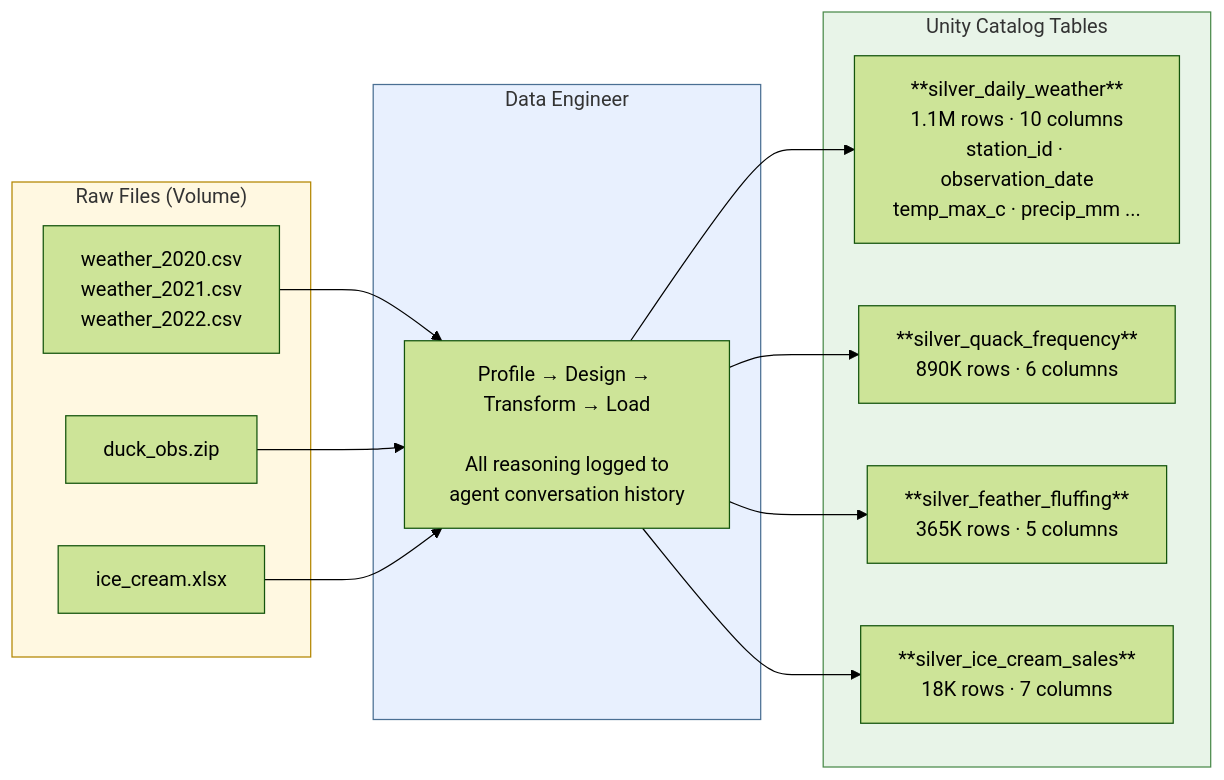
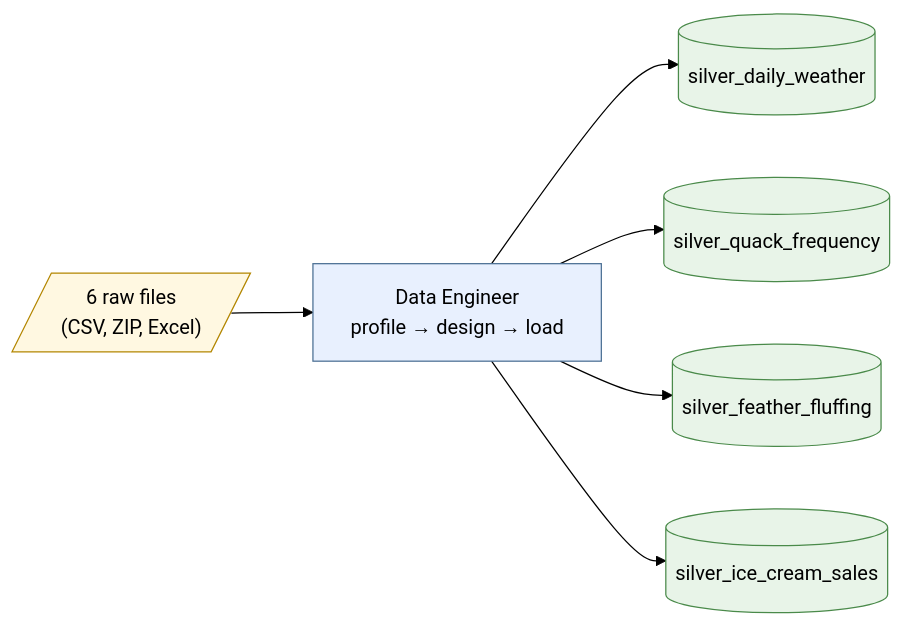
The third of 9 diagrams in docs/run-management.md (jweinberg-a2a/versifai-data-agents), drawn with Mermaid (forest theme) before and after one commit. The commit also changed other lines of this file and 4 other files, not shown here.

Commit message:
diagrams fixed

````diff
--- a/docs/run-management.md
+++ b/docs/run-management.md
@@ -140,31 +141,15 @@
 ```mermaid
 flowchart LR
-    subgraph input["Raw Files (Volume)"]
-        CSV["weather_2020.csv<br>weather_2021.csv<br>weather_2022.csv"]
-        ZIP["duck_obs.zip"]
-        XLS["ice_cream.xlsx"]
-    end
+    RAW[/"6 raw files<br>(CSV, ZIP, Excel)"/] --> ENG["Data Engineer<br>profile → design → load"]
+    ENG --> T1[("silver_daily_weather")]
+    ENG --> T2[("silver_quack_frequency")]
+    ENG --> T3[("silver_feather_fluffing")]
+    ENG --> T4[("silver_ice_cream_sales")]
 
-    subgraph agent["Data Engineer"]
-        WORK["Profile → Design → Transform → Load<br><br>All reasoning logged to<br>agent conversation history"]
-    end
-
-    subgraph output["Unity Catalog Tables"]
-        T1["**silver_daily_weather**<br>1.1M rows · 10 columns<br>station_id · observation_date<br>temp_max_c · precip_mm ..."]
-        T2["**silver_quack_frequency**<br>890K rows · 6 columns"]
-        T3["**silver_feather_fluffing**<br>365K rows · 5 columns"]
-        T4["**silver_ice_cream_sales**<br>18K rows · 7 columns"]
-    end
-
-    CSV --> WORK
-    ZIP --> WORK
-    XLS --> WORK
-    WORK --> T1
-    WORK --> T2
-    WORK --> T3
-    WORK --> T4
-
-    style input fill:#fff8e1,stroke:#b38600
-    style agent fill:#e8f0fe,stroke:#4a6f93
-    style output fill:#e8f4e8,stroke:#4a8a4a
+    style RAW fill:#fff8e1,stroke:#b38600
+    style ENG fill:#e8f0fe,stroke:#4a6f93
+    style T1 fill:#e8f4e8,stroke:#4a8a4a
+    style T2 fill:#e8f4e8,stroke:#4a8a4a
+    style T3 fill:#e8f4e8,stroke:#4a8a4a
+    style T4 fill:#e8f4e8,stroke:#4a8a4a
 ```
````
